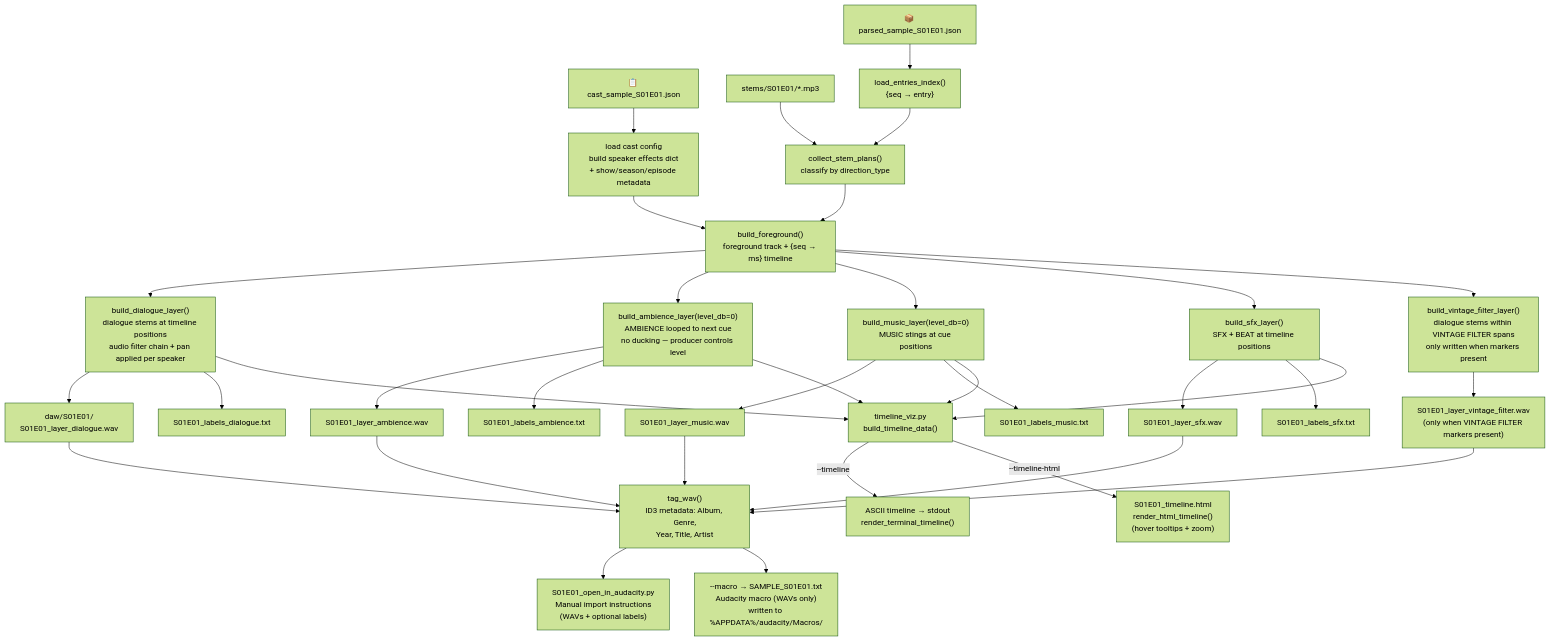
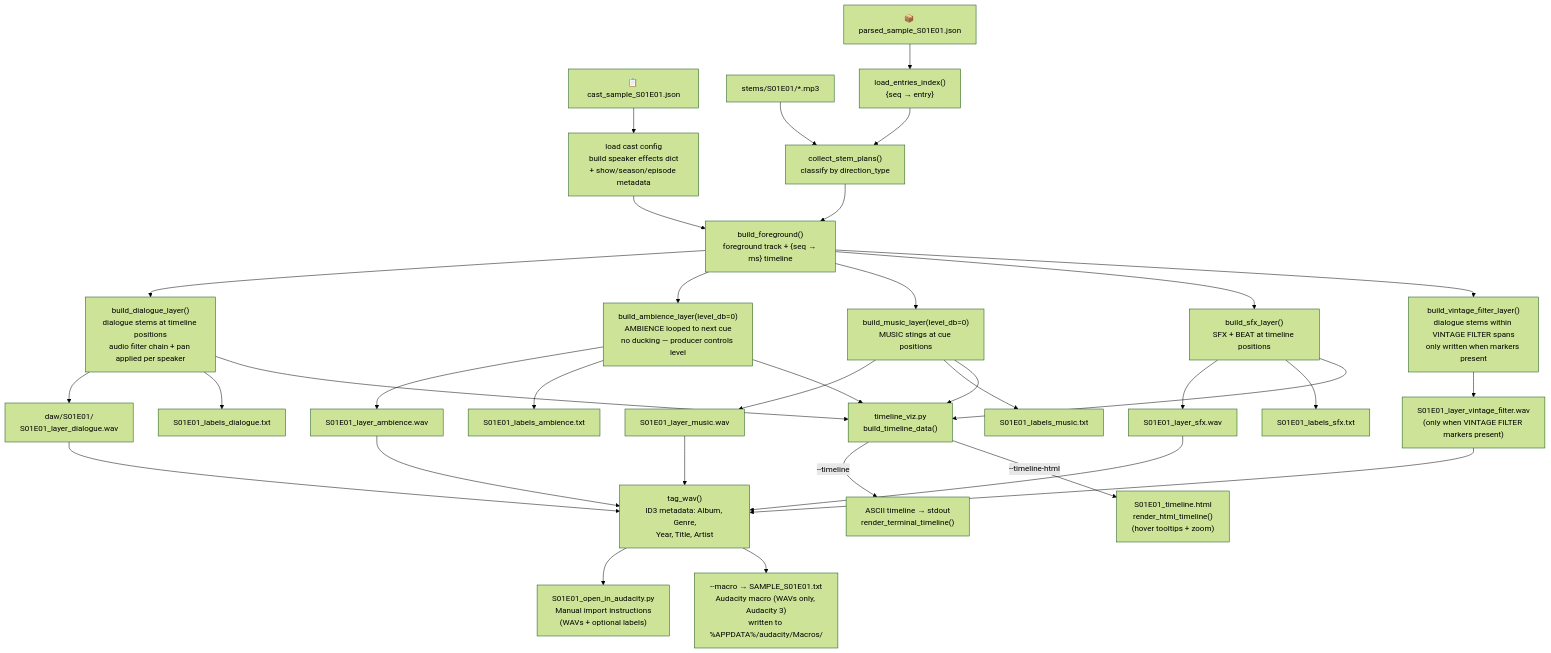
Before and after one commit to xilcmd/xil-pipeline: the ninth of 34 diagrams in docs/internals/pipeline.md, drawn with Mermaid (forest theme). The commit also changed other lines of this file and 5 other files, not shown here.

````diff
--- a/docs/internals/pipeline.md
+++ b/docs/internals/pipeline.md
@@ -637,75 +637,75 @@
 ```mermaid
 flowchart TD
     C5["`📋 cast_sample_S01E01.json`"]
     J5["`📦 parsed_sample_S01E01.json`"]
     ST5["`stems/S01E01/*.mp3`"]
 
     C5 --> L5["`load cast config
     build speaker effects dict
     + show/season/episode metadata`"]
     J5 --> IDX5["`load_entries_index()
     {seq → entry}`"]
     ST5 --> PLANS5["`collect_stem_plans()
     classify by direction_type`"]
     IDX5 --> PLANS5
 
     PLANS5 --> TL5
 
     TL5["`build_foreground()
     foreground track + {seq → ms} timeline`"]
     L5 --> TL5
 
     TL5 --> DLG5["`build_dialogue_layer()
     dialogue stems at timeline positions
     audio filter chain + pan applied per speaker`"]
     TL5 --> AMB5["`build_ambience_layer(level_db=0)
     AMBIENCE looped to next cue
     no ducking — producer controls level`"]
     TL5 --> MUS5["`build_music_layer(level_db=0)
     MUSIC stings at cue positions`"]
     TL5 --> SFX5["`build_sfx_layer()
     SFX + BEAT at timeline positions`"]
 
     TL5 --> VF5["`build_vintage_filter_layer()
     dialogue stems within VINTAGE FILTER spans
     only written when markers present`"]
 
     DLG5 --> WAV1["`daw/S01E01/
     S01E01_layer_dialogue.wav`"]
     AMB5 --> WAV2["S01E01_layer_ambience.wav"]
     MUS5 --> WAV3["S01E01_layer_music.wav"]
     SFX5 --> WAV4["S01E01_layer_sfx.wav"]
     VF5 --> WAV5["`S01E01_layer_vintage_filter.wav
     (only when VINTAGE FILTER markers present)`"]
 
     WAV1 --> TAG5["`tag_wav()
     ID3 metadata: Album, Genre,
     Year, Title, Artist`"]
     WAV2 --> TAG5
     WAV3 --> TAG5
     WAV4 --> TAG5
     WAV5 --> TAG5
 
     DLG5 --> LBL1["S01E01_labels_dialogue.txt"]
     AMB5 --> LBL2["S01E01_labels_ambience.txt"]
     MUS5 --> LBL3["S01E01_labels_music.txt"]
     SFX5 --> LBL4["S01E01_labels_sfx.txt"]
 
     TAG5 --> SCRIPT5["`S01E01_open_in_audacity.py
     Manual import instructions
     (WAVs + optional labels)`"]
     TAG5 --> MACRO5["`--macro → SAMPLE_S01E01.txt
-    Audacity macro (WAVs only)
+    Audacity macro (WAVs only, Audacity 3)
     written to %APPDATA%/audacity/Macros/`"]
 
     DLG5 --> TLVIZ["`timeline_viz.py
     build_timeline_data()`"]
     AMB5 --> TLVIZ
     MUS5 --> TLVIZ
     SFX5 --> TLVIZ
     TLVIZ -->|"--timeline"| ASCII5["`ASCII timeline → stdout
     render_terminal_timeline()`"]
     TLVIZ -->|"--timeline-html"| HTML5["`S01E01_timeline.html
     render_html_timeline()
     (hover tooltips + zoom)`"]
 ```
````
